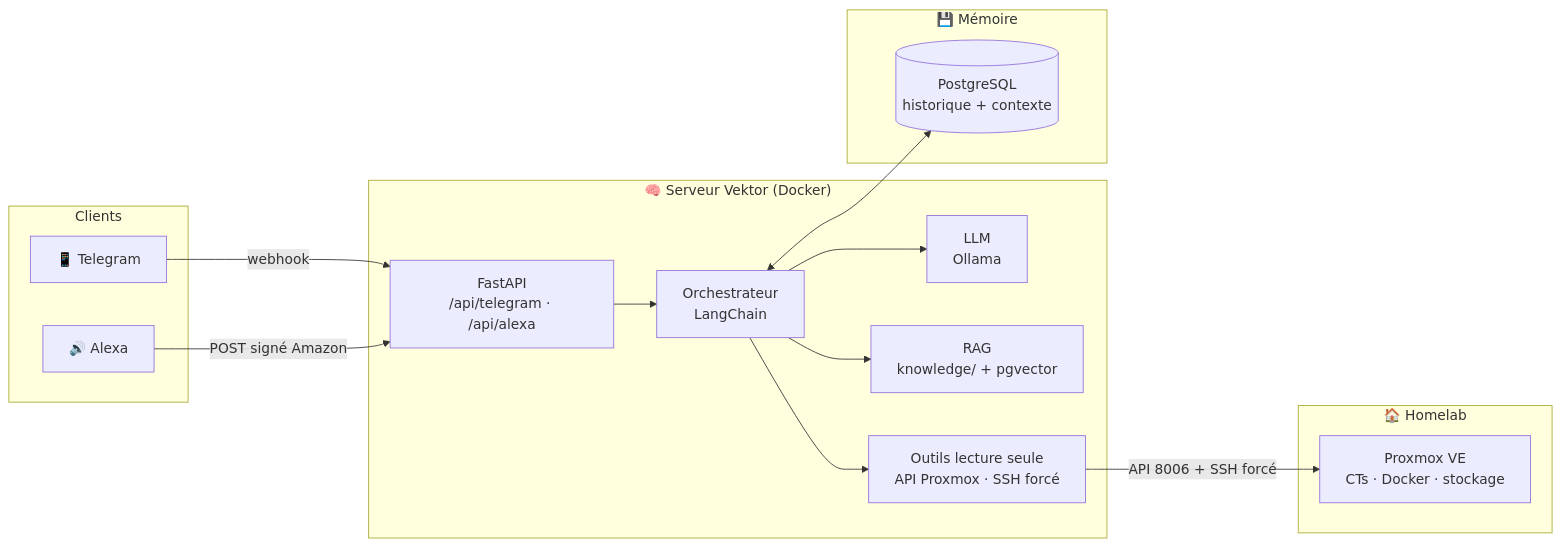
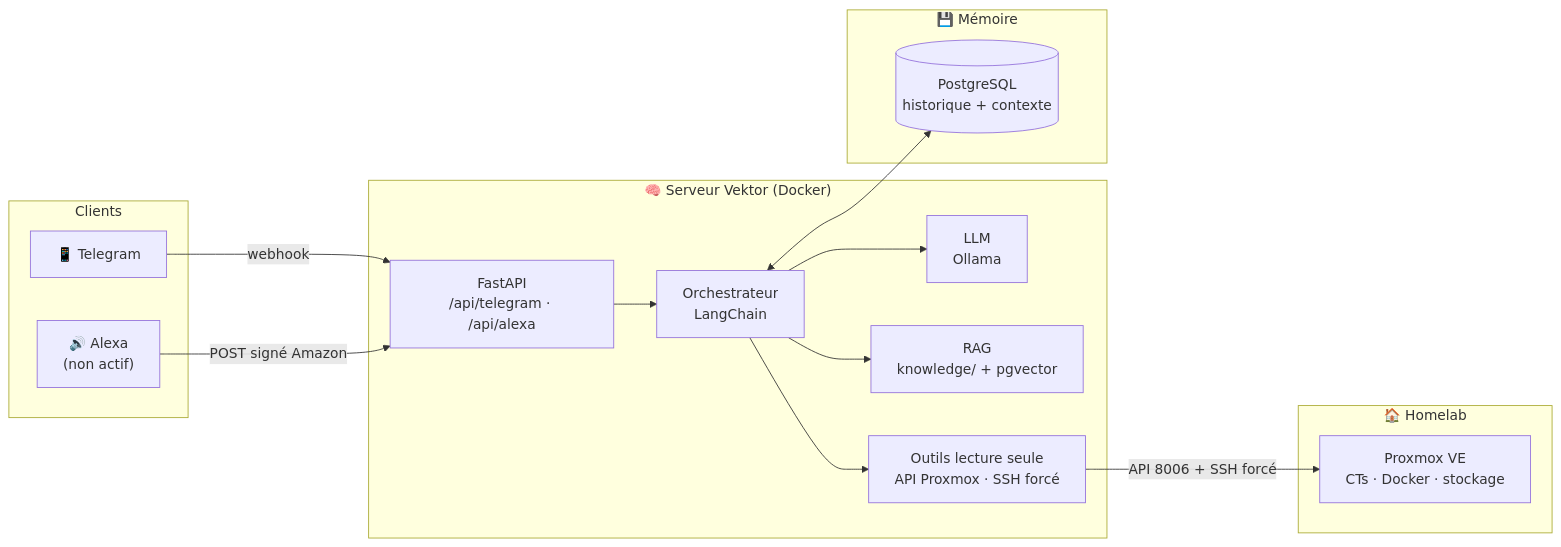
One commit to Tom1419-git/vektor changed the diagram in README.md. Above: the diagram before and after it, drawn with Mermaid. The commit also changed other lines of this file and 1 other file, not shown here.

Commit message:
Docs: statut réel du canal Alexa (developpé, non actif sur l'Echo)

````diff
--- a/README.md
+++ b/README.md
@@ -34,32 +35,32 @@
 ```mermaid
 flowchart LR
     subgraph Clients
         TG["📱 Telegram"]
-        AX["🔊 Alexa"]
+        AX["🔊 Alexa<br/>(non actif)"]
     end
 
     subgraph Serveur["🧠 Serveur Vektor (Docker)"]
         API["FastAPI<br/>/api/telegram · /api/alexa"]
         ORCH["Orchestrateur<br/>LangChain"]
         LLM["LLM<br/>Ollama"]
         RAG["RAG<br/>knowledge/ + pgvector"]
         TOOLS["Outils lecture seule<br/>API Proxmox · SSH forcé"]
     end
 
     subgraph Homelab["🏠 Homelab"]
         PVE["Proxmox VE\nCTs · Docker · stockage"]
     end
 
     subgraph Memo["💾 Mémoire"]
         PG[("PostgreSQL<br/>historique + contexte")]
     end
 
     TG -->|webhook| API
     AX -->|POST signé Amazon| API
     API --> ORCH
     ORCH --> RAG
     ORCH --> LLM
     ORCH --> TOOLS
     TOOLS -->|API 8006 + SSH forcé| PVE
     ORCH <--> PG
 ```
````
